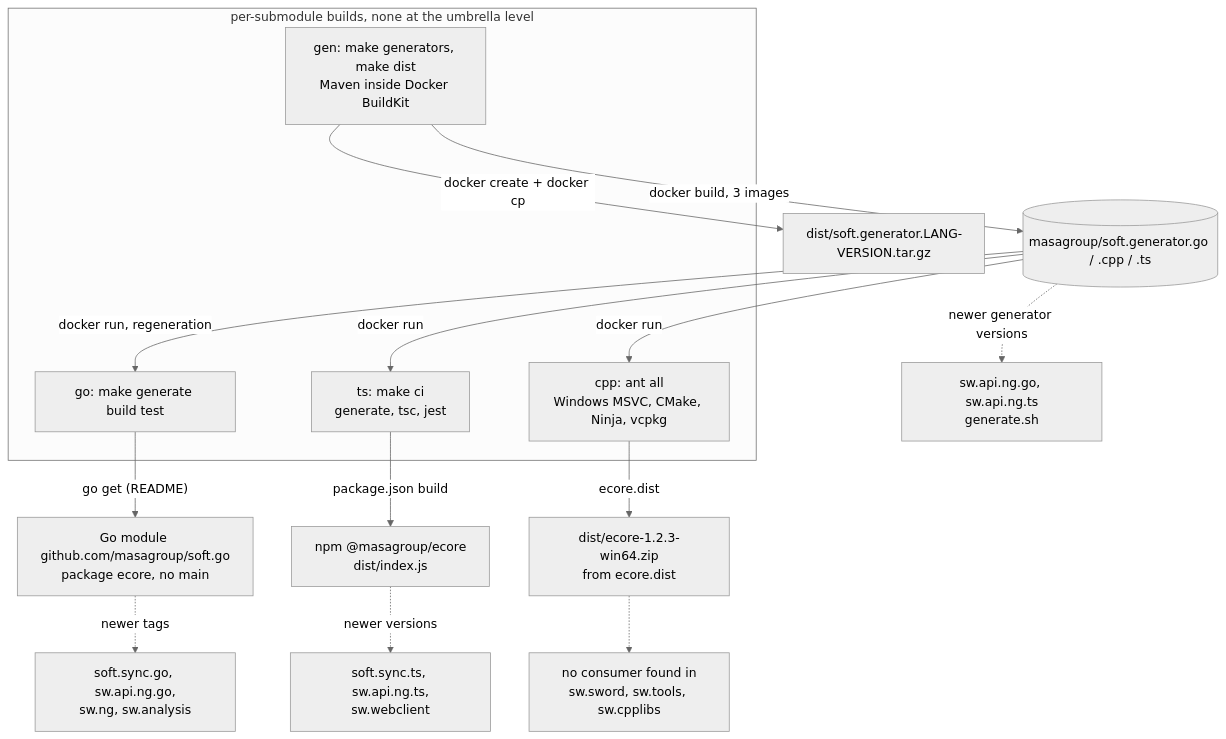
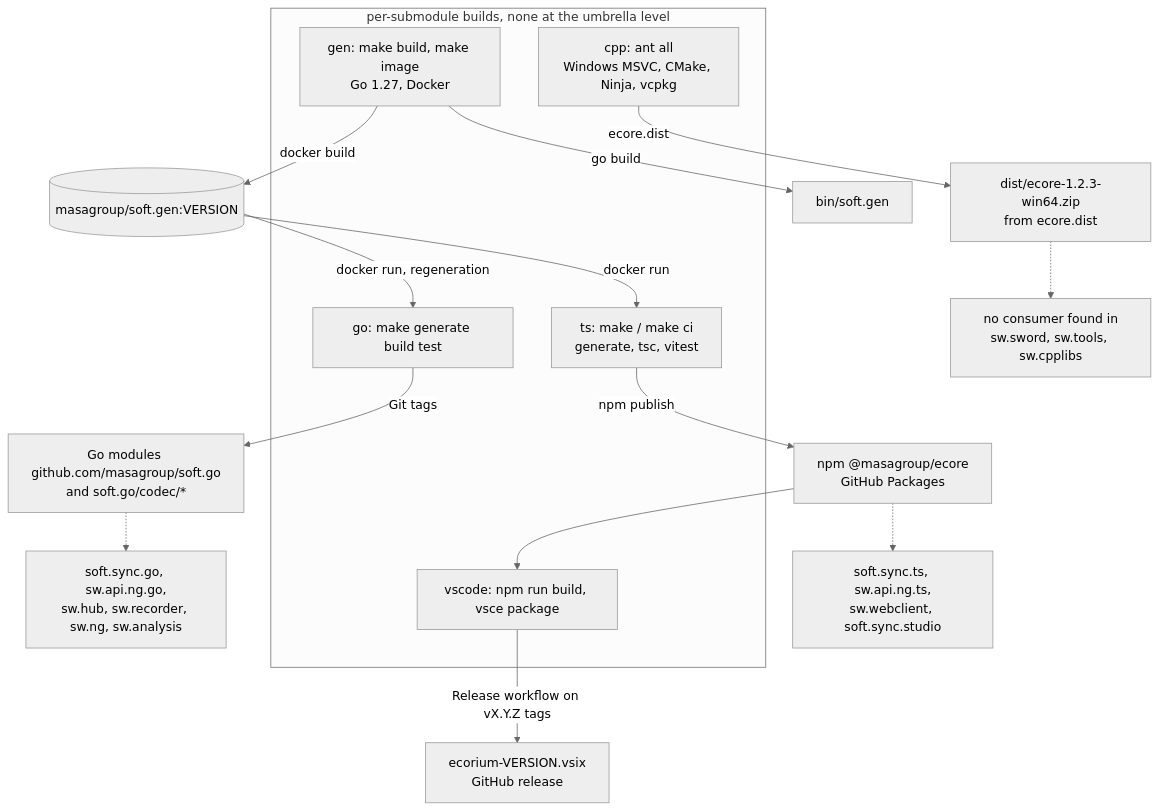
One commit to masagroup/soft changed the sixth of 6 diagrams in ARCHITECTURE.md. Above: the diagram before and after it, drawn with Mermaid (neutral theme). The commit also changed other lines of this file and 1 other file, not shown here.

First line of the commit message:
docs: update ARCHITECTURE and CONTRIBUTING for soft.gen v2 and the new submodules

````diff
--- a/ARCHITECTURE.md
+++ b/ARCHITECTURE.md
@@ -211,30 +221,31 @@
 ```mermaid
 flowchart TB
     subgraph BLD["per-submodule builds, none at the umbrella level"]
-        B_GEN["gen: make generators, make dist<br/>Maven inside Docker BuildKit"]
+        B_GEN["gen: make build, make image<br/>Go 1.27, Docker"]
         B_GO["go: make generate build test"]
-        B_TS["ts: make ci<br/>generate, tsc, jest"]
+        B_TS["ts: make / make ci<br/>generate, tsc, vitest"]
+        B_VSC["vscode: npm run build, vsce package"]
         B_CPP["cpp: ant all<br/>Windows MSVC, CMake, Ninja, vcpkg"]
     end
-    A_IMG[("masagroup/soft.generator.go / .cpp / .ts")]
-    A_TAR["dist/soft.generator.LANG-VERSION.tar.gz"]
-    A_GOMOD["Go module github.com/masagroup/soft.go<br/>package ecore, no main"]
-    A_NPM["npm @masagroup/ecore<br/>dist/index.js"]
+    A_IMG[("masagroup/soft.gen:VERSION")]
+    A_BIN["bin/soft.gen"]
+    A_GOMOD["Go modules github.com/masagroup/soft.go<br/>and soft.go/codec/*"]
+    A_NPM["npm @masagroup/ecore<br/>GitHub Packages"]
+    A_VSIX["ecorium-VERSION.vsix<br/>GitHub release"]
     A_ZIP["dist/ecore-1.2.3-win64.zip<br/>from ecore.dist"]
-    C_API["sw.api.ng.go, sw.api.ng.ts<br/>generate.sh"]
-    C_GO["soft.sync.go, sw.api.ng.go,<br/>sw.ng, sw.analysis"]
-    C_TS["soft.sync.ts, sw.api.ng.ts,<br/>sw.webclient"]
+    C_GO["soft.sync.go, sw.api.ng.go,<br/>sw.hub, sw.recorder, sw.ng, sw.analysis"]
+    C_TS["soft.sync.ts, sw.api.ng.ts,<br/>sw.webclient, soft.sync.studio"]
     C_CPP["no consumer found in<br/>sw.sword, sw.tools, sw.cpplibs"]
-    B_GEN -->|"docker build, 3 images"| A_IMG
-    B_GEN -->|"docker create + docker cp"| A_TAR
+    B_GEN -->|"docker build"| A_IMG
+    B_GEN -->|"go build"| A_BIN
     A_IMG -->|"docker run, regeneration"| B_GO
     A_IMG -->|"docker run"| B_TS
-    A_IMG -->|"docker run"| B_CPP
-    B_GO -->|"go get (README)"| A_GOMOD
-    B_TS -->|"package.json build"| A_NPM
+    B_GO -->|"Git tags"| A_GOMOD
+    B_TS -->|"npm publish"| A_NPM
+    A_NPM --> B_VSC
+    B_VSC -->|"Release workflow on vX.Y.Z tags"| A_VSIX
     B_CPP -->|"ecore.dist"| A_ZIP
-    A_IMG -.->|"newer generator versions"| C_API
-    A_GOMOD -.->|"newer tags"| C_GO
-    A_NPM -.->|"newer versions"| C_TS
+    A_GOMOD -.-> C_GO
+    A_NPM -.-> C_TS
     A_ZIP -.-> C_CPP
 ```
````
